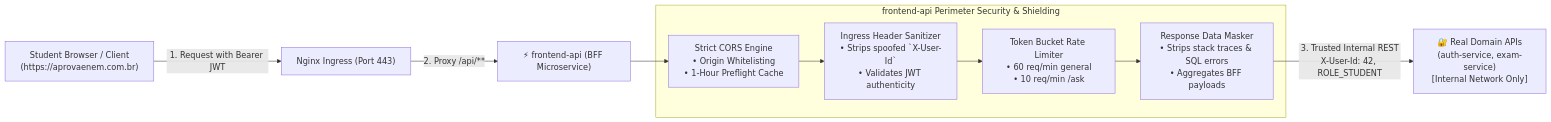
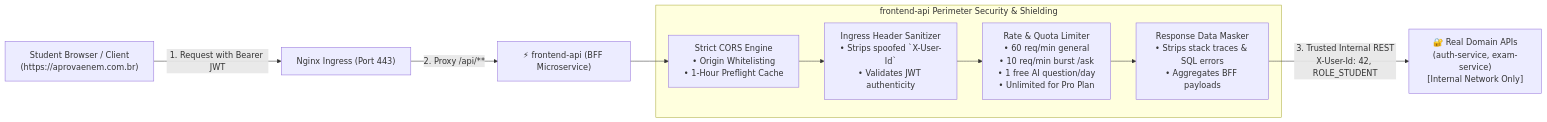
One commit to Veras-D/AprovaENEM changed the third of 16 diagrams in docs/sprint-1/03-system-architecture.md. Above: the diagram before and after it, drawn with Mermaid. The commit also changed other lines of this file and 6 other files, not shown here.

Commit message:
feat(tutor): architect Redis daily quota limiter for free AI tutor and unlimited Pro tier

````diff
--- a/docs/sprint-1/03-system-architecture.md
+++ b/docs/sprint-1/03-system-architecture.md
@@ -467,19 +467,19 @@
 ```mermaid
 flowchart LR
     Browser["Student Browser / Client<br/>(https://aprovaenem.com.br)"] -->|1. Request with Bearer JWT| Nginx["Nginx Ingress (Port 443)"]
     Nginx -->|2. Proxy /api/**| FrontendAPI["⚡ frontend-api (BFF Microservice)"]
 
     subgraph FrontendAPIResponsibilities ["frontend-api Perimeter Security & Shielding"]
         CORS["Strict CORS Engine<br/>• Origin Whitelisting<br/>• 1-Hour Preflight Cache"]
         Sanitizer["Ingress Header Sanitizer<br/>• Strips spoofed `X-User-Id`<br/>• Validates JWT authenticity"]
-        RateLimiter["Token Bucket Rate Limiter<br/>• 60 req/min general<br/>• 10 req/min /ask"]
+        RateLimiter["Rate & Quota Limiter<br/>• 60 req/min general<br/>• 10 req/min burst /ask<br/>• 1 free AI question/day<br/>• Unlimited for Pro Plan"]
         DataMasker["Response Data Masker<br/>• Strips stack traces & SQL errors<br/>• Aggregates BFF payloads"]
     end
 
     FrontendAPI --> CORS
     CORS --> Sanitizer
     Sanitizer --> RateLimiter
     RateLimiter --> DataMasker
 
     DataMasker -->|3. Trusted Internal REST<br/>X-User-Id: 42, ROLE_STUDENT| RealAPI["🔐 Real Domain APIs<br/>(auth-service, exam-service)<br/>[Internal Network Only]"]
 ```
````
